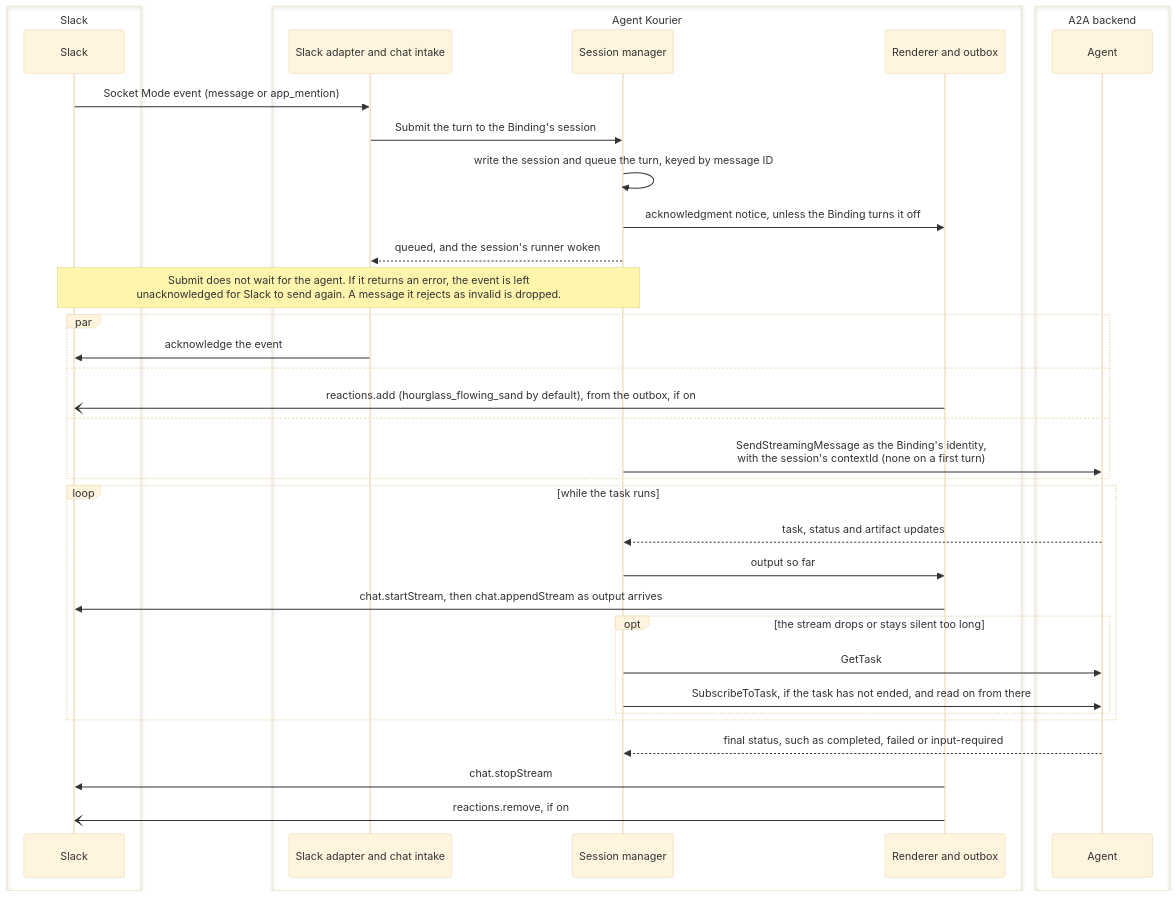
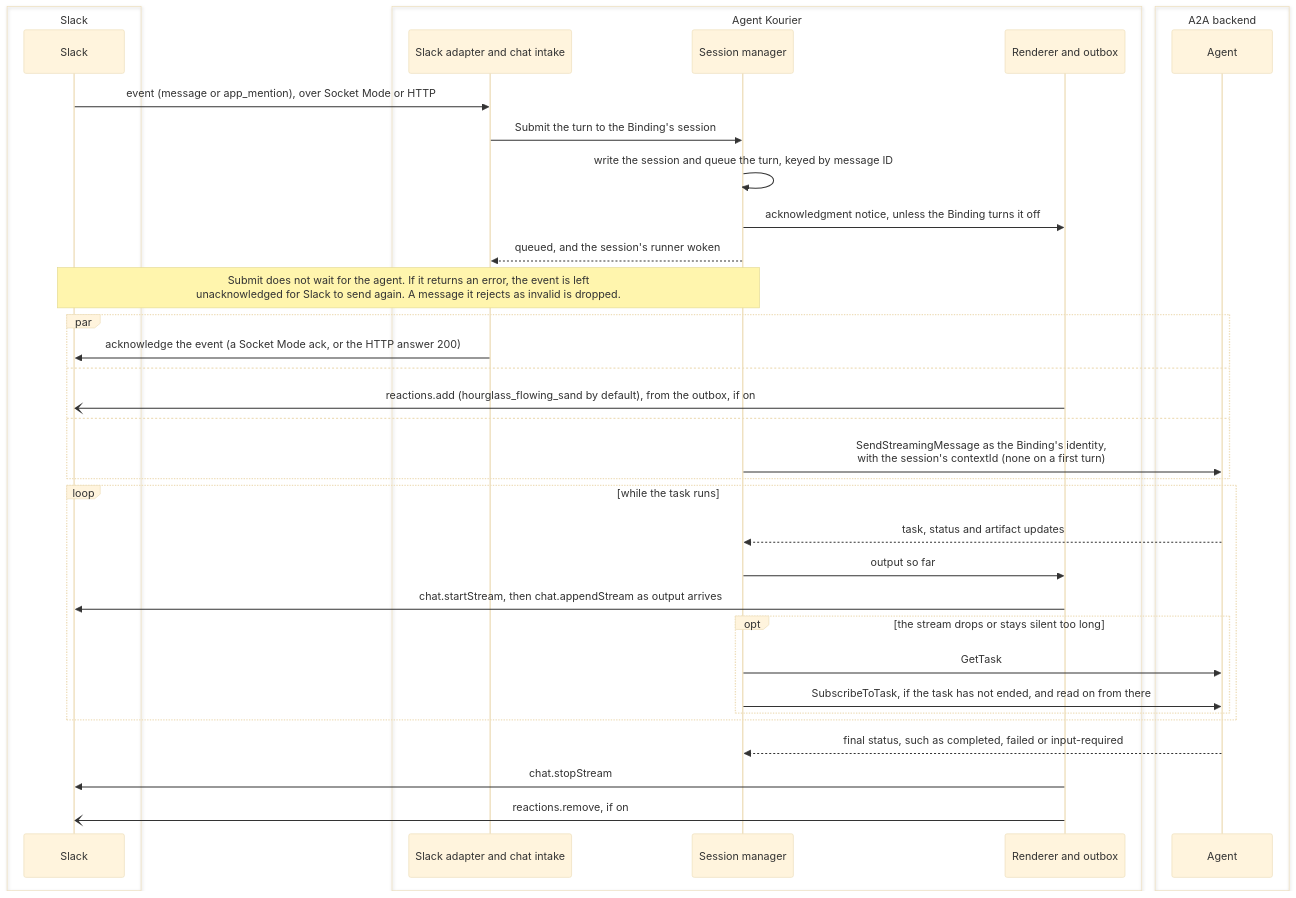
The fourth of 5 diagrams in docs/explanation/architecture.md (agentkourier/agent-kourier), drawn with Mermaid (base theme) before and after one commit. The commit also changed other lines of this file and 15 other files, not shown here.

First line of the commit message:
docs(slack): document Slack HTTP mode

````diff
--- a/docs/explanation/architecture.md
+++ b/docs/explanation/architecture.md
@@ -127,39 +128,39 @@
 ```mermaid
 sequenceDiagram
     box Slack
         participant S as Slack
     end
     box Agent Kourier
         participant A as Slack adapter and chat intake
         participant M as Session manager
         participant R as Renderer and outbox
     end
     box A2A backend
         participant G as Agent
     end
-    S->>A: Socket Mode event (message or app_mention)
+    S->>A: event (message or app_mention), over Socket Mode or HTTP
     A->>M: Submit the turn to the Binding's session
     M->>M: write the session and queue the turn, keyed by message ID
     M->>R: acknowledgment notice, unless the Binding turns it off
     M-->>A: queued, and the session's runner woken
     Note over S,M: Submit does not wait for the agent. If it returns an error, the event is left<br/>unacknowledged for Slack to send again. A message it rejects as invalid is dropped.
     par
-        A->>S: acknowledge the event
+        A->>S: acknowledge the event (a Socket Mode ack, or the HTTP answer 200)
     and
         R-)S: reactions.add (hourglass_flowing_sand by default), from the outbox, if on
     and
         M->>G: SendStreamingMessage as the Binding's identity,<br/>with the session's contextId (none on a first turn)
     end
     loop while the task runs
         G-->>M: task, status and artifact updates
         M->>R: output so far
         R->>S: chat.startStream, then chat.appendStream as output arrives
         opt the stream drops or stays silent too long
             M->>G: GetTask
             M->>G: SubscribeToTask, if the task has not ended, and read on from there
         end
     end
     G-->>M: final status, such as completed, failed or input-required
     R->>S: chat.stopStream
     R-)S: reactions.remove, if on
 ```
````
